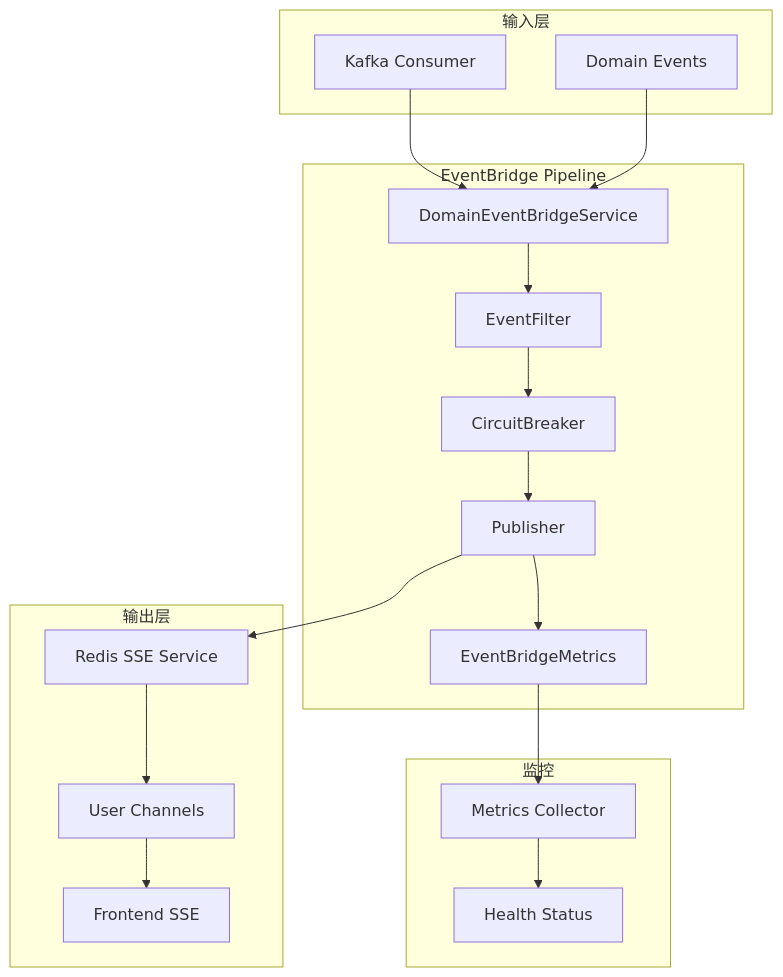
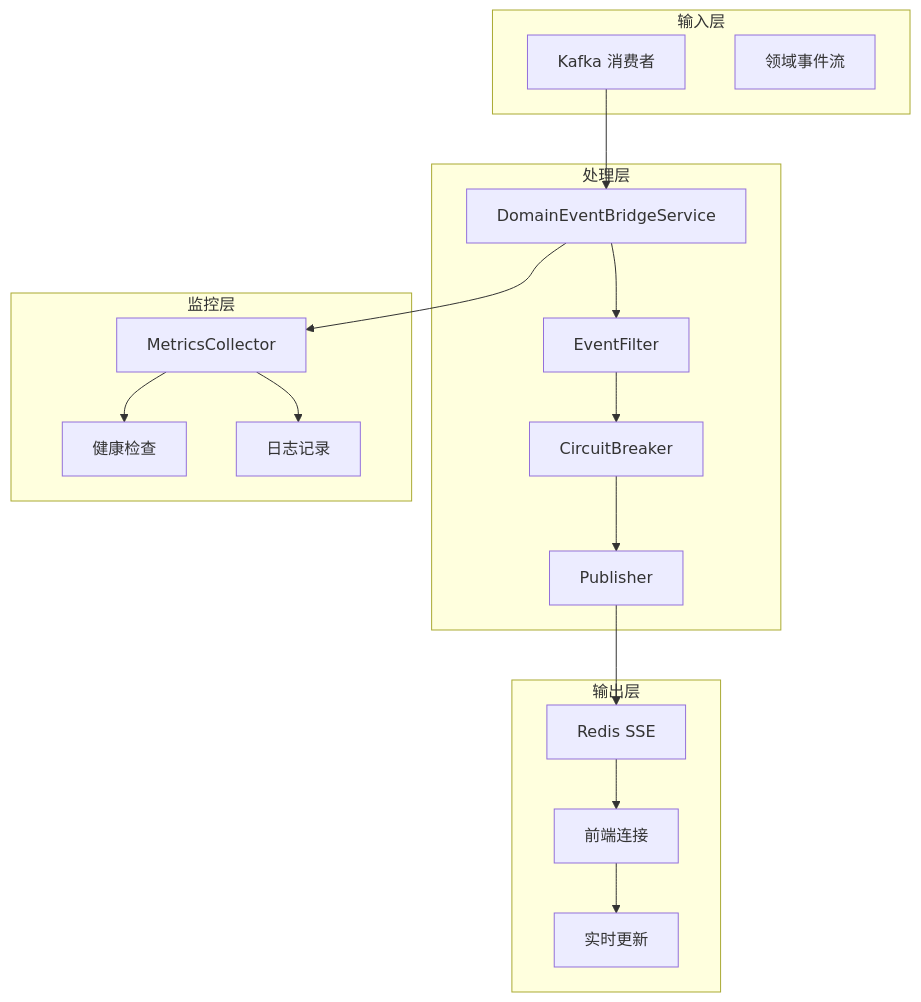
The first of 11 diagrams in apps/backend/src/services/eventbridge/README.md (zhiyue/infinite-scribe), drawn with Mermaid before and after one commit. The commit also changed other lines of this file and 1 other file, not shown here.

````diff
--- a/apps/backend/src/services/eventbridge/README.md
+++ b/apps/backend/src/services/eventbridge/README.md
@@ -19,38 +17,38 @@
 ```mermaid
 graph TB
     subgraph "输入层"
-        A[Kafka Consumer]
-        B[Domain Events]
+        A[Kafka 消费者]
+        B[领域事件流]
     end
     
-    subgraph "EventBridge Pipeline"
+    subgraph "处理层"
         C[DomainEventBridgeService]
         D[EventFilter]
         E[CircuitBreaker]
         F[Publisher]
-        G[EventBridgeMetrics]
     end
     
     subgraph "输出层"
-        H[Redis SSE Service]
-        I[User Channels]
-        J[Frontend SSE]
+        G[Redis SSE]
+        H[前端连接]
+        I[实时更新]
     end
     
-    subgraph "监控"
-        K[Metrics Collector]
-        L[Health Status]
+    subgraph "监控层"
+        J[MetricsCollector]
+        K[健康检查]
+        L[日志记录]
     end
     
     A --> C
-    B --> C
     C --> D
     D --> E
     E --> F
-    F --> H
+    F --> G
+    G --> H
     H --> I
-    I --> J
-    F --> G
-    G --> K
-    K --> L
+    
+    C --> J
+    J --> K
+    J --> L
 ```
````
